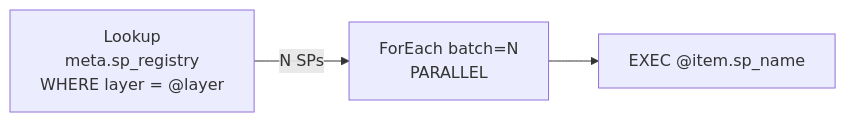
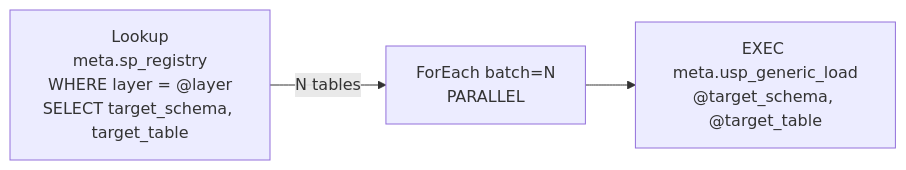
Before and after one commit to ankinguyen-engineer-2002/Fabric-v9-Warehouse-Medallion: the third of 7 diagrams in README.md, drawn with Mermaid. The commit also changed other lines of this file and 7 other files, not shown here.

First line of the commit message:
Generic SP migration: 28 per-table SPs → 1 meta.usp_generic_load

````diff
--- a/README.md
+++ b/README.md
@@ -103,8 +106,8 @@
 ```mermaid
 flowchart LR
-    L["Lookup\nmeta.sp_registry\nWHERE layer = @layer"]
+    L["Lookup\nmeta.sp_registry\nWHERE layer = @layer\nSELECT target_schema, target_table"]
     F["ForEach batch=N\nPARALLEL"]
-    SP["EXEC @item.sp_name"]
+    SP["EXEC meta.usp_generic_load\n@target_schema, @target_table"]
 
-    L -->|"N SPs"| F --> SP
+    L -->|"N tables"| F --> SP
 ```
````
